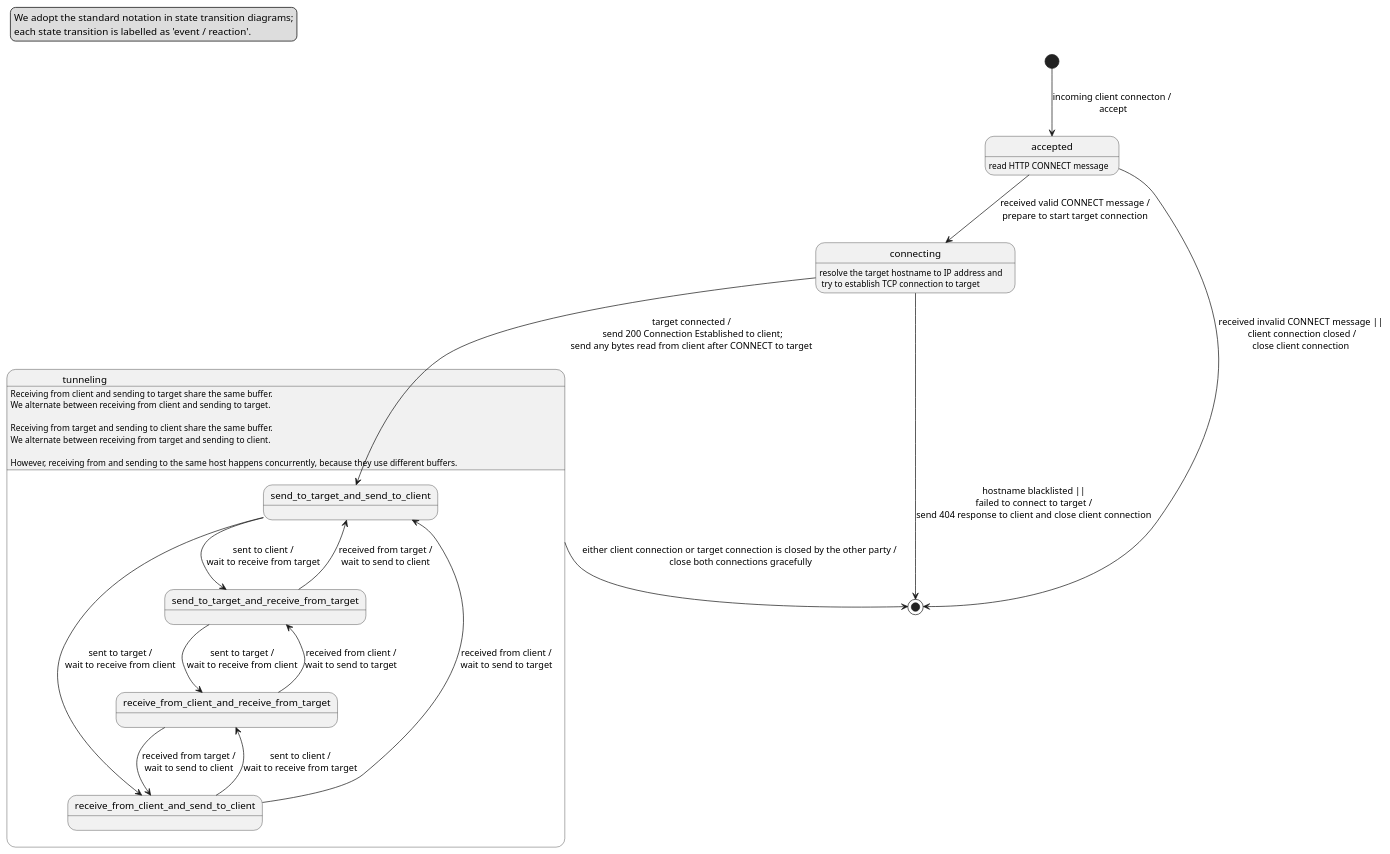
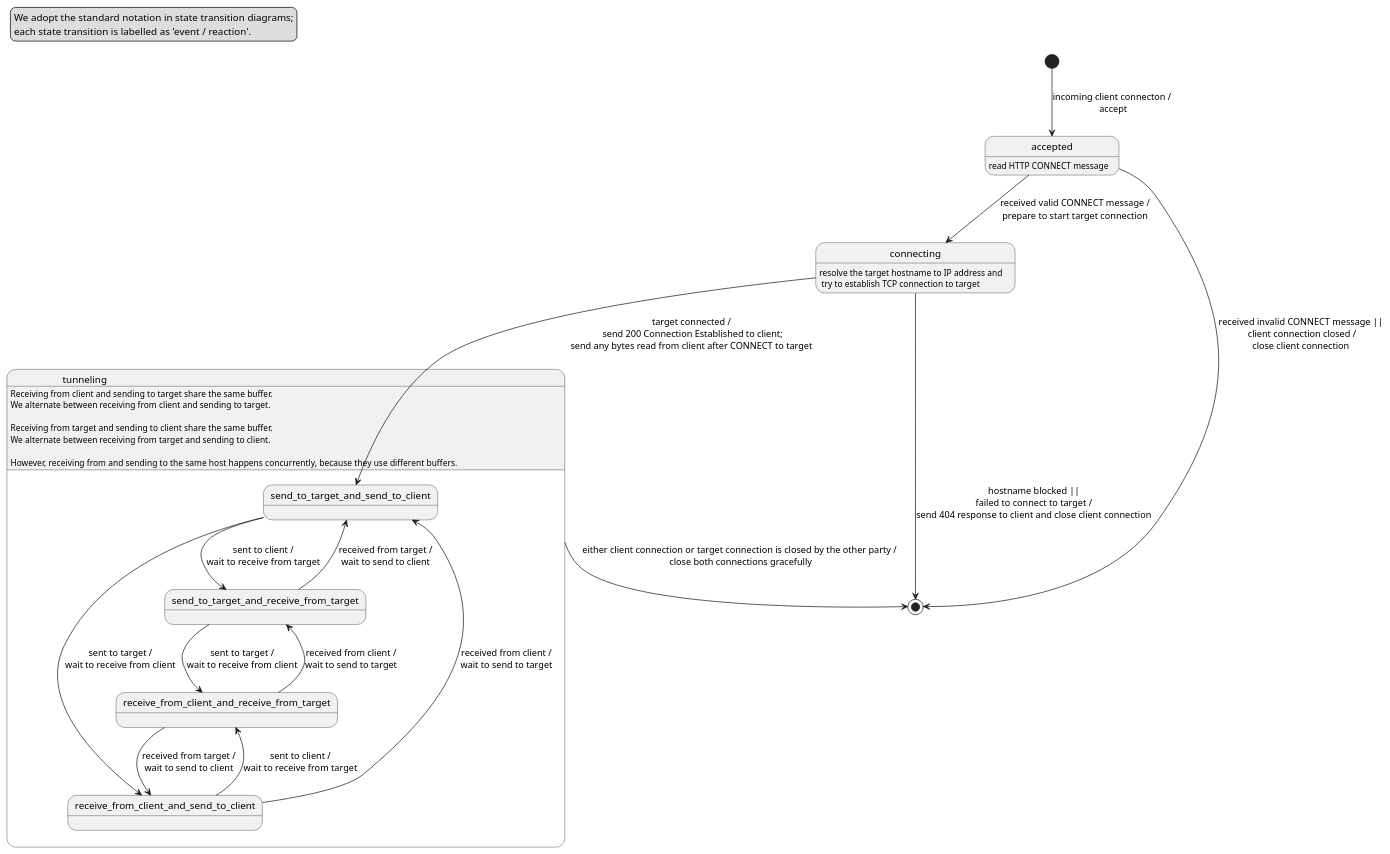
One commit to gary-lgy/https-proxy changed the diagram in docs/state-transition-diagram.puml. Above: the diagram before and after it, drawn with PlantUML. The commit also changed 9 other files, not shown here.

```diff
--- a/docs/state-transition-diagram.puml
+++ b/docs/state-transition-diagram.puml
@@ -1,47 +1,47 @@
 @startuml
 
 legend top left
 We adopt the standard notation in state transition diagrams;
 each state transition is labelled as 'event / reaction'.
 end legend
 
 [*] --> accepted : incoming client connecton /\n accept
 
 accepted : read HTTP CONNECT message
 
 accepted --> connecting : received valid CONNECT message /\nprepare to start target connection
 accepted ---> [*] : received invalid CONNECT message ||\n client connection closed /\nclose client connection
 
 connecting : resolve the target hostname to IP address and \n try to establish TCP connection to target
 
-connecting ---> [*] : hostname blacklisted ||\nfailed to connect to target /\nsend 404 response to client and close client connection
+connecting ---> [*] : hostname blocked ||\nfailed to connect to target /\nsend 404 response to client and close client connection
 
 state tunneling {
 
     tunneling : Receiving from client and sending to target share the same buffer.
     tunneling : We alternate between receiving from client and sending to target.
     tunneling:
     tunneling : Receiving from target and sending to client share the same buffer.
     tunneling : We alternate between receiving from target and sending to client.
     tunneling :
     tunneling : However, receiving from and sending to the same host happens concurrently, because they use different buffers.
 
     send_to_target_and_send_to_client --> send_to_target_and_receive_from_target : sent to client /\nwait to receive from target
     send_to_target_and_send_to_client --> receive_from_client_and_send_to_client : sent to target /\nwait to receive from client
 
     send_to_target_and_receive_from_target --> receive_from_client_and_receive_from_target : sent to target /\nwait to receive from client
     send_to_target_and_receive_from_target --> send_to_target_and_send_to_client : received from target /\nwait to send to client
 
     receive_from_client_and_receive_from_target --> send_to_target_and_receive_from_target : received from client /\nwait to send to target
     receive_from_client_and_receive_from_target --> receive_from_client_and_send_to_client : received from target /\nwait to send to client
 
     receive_from_client_and_send_to_client --> receive_from_client_and_receive_from_target: sent to client /\nwait to receive from target
     receive_from_client_and_send_to_client --> send_to_target_and_send_to_client: received from client /\nwait to send to target
 
 }
 
 connecting --> send_to_target_and_send_to_client : target connected /\n send 200 Connection Established to client;\nsend any bytes read from client after CONNECT to target
 
 tunneling --> [*] : either client connection or target connection is closed by the other party /\n close both connections gracefully
 
 @enduml
```
